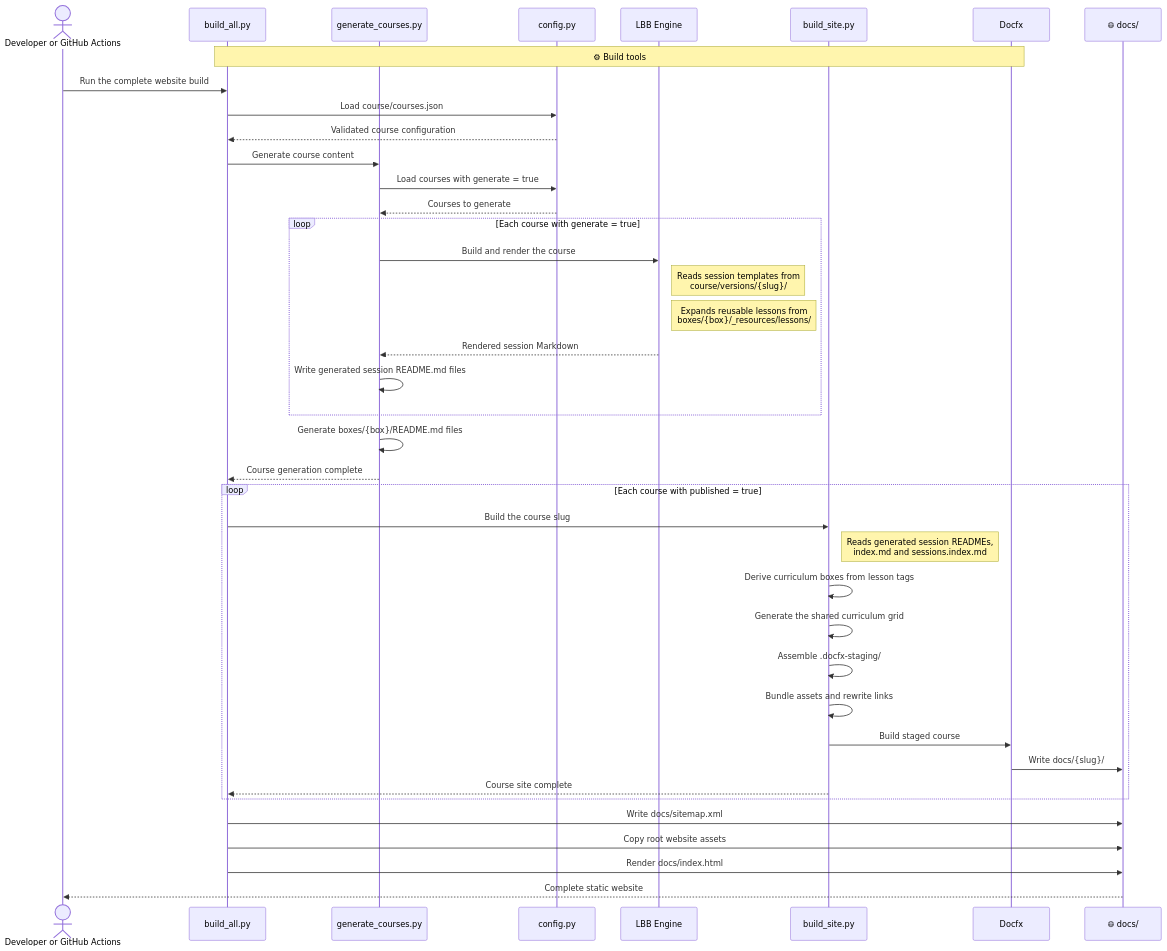
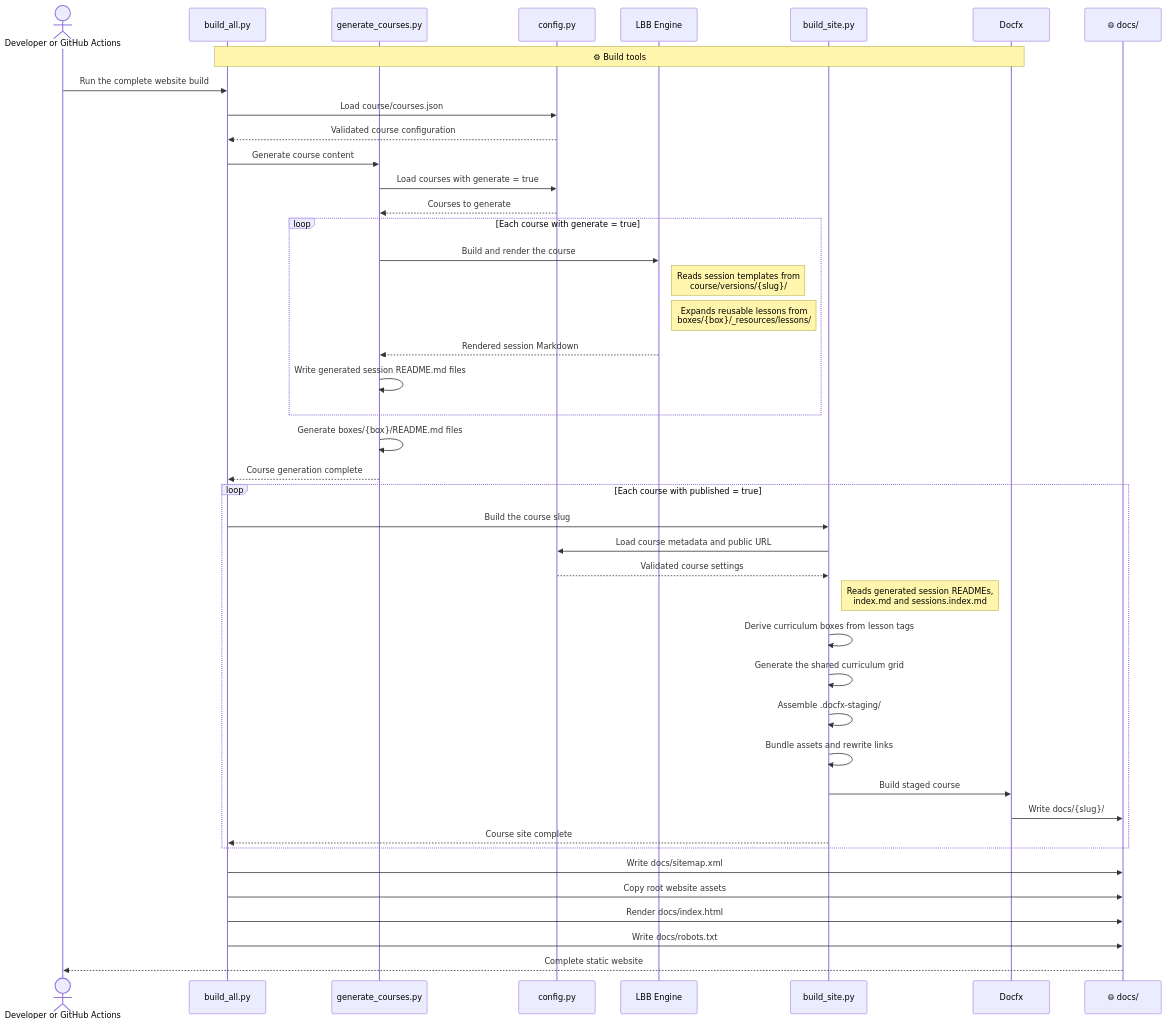
One commit to NoBlackBoxes/LastBlackBox changed the second of 2 diagrams in course/tools/docfx/README.md. Above: the diagram before and after it, drawn with Mermaid. The commit also changed other lines of this file and 13 other files, not shown here.

````diff
--- a/course/tools/docfx/README.md
+++ b/course/tools/docfx/README.md
@@ -97,51 +98,54 @@
 ```mermaid
 sequenceDiagram
     actor Runner as Developer or GitHub Actions
     participant Build as build_all.py
     participant Courses as generate_courses.py
     participant Config as config.py
     participant Engine as LBB Engine
     participant Site as build_site.py
     participant Docfx
     participant Output as 🌐︎ docs/
 
     Note over Build,Docfx: ⚙︎ Build tools
 
     Runner->>Build: Run the complete website build
 
     Build->>Config: Load course/courses.json
     Config-->>Build: Validated course configuration
 
     Build->>Courses: Generate course content
     Courses->>Config: Load courses with generate = true
     Config-->>Courses: Courses to generate
 
     loop Each course with generate = true
         Courses->>Engine: Build and render the course
         Note right of Engine: Reads session templates from<br/>course/versions/{slug}/
         Note right of Engine: Expands reusable lessons from<br/>boxes/{box}/_resources/lessons/
         Engine-->>Courses: Rendered session Markdown
         Courses->>Courses: Write generated session README.md files
     end
 
     Courses->>Courses: Generate boxes/{box}/README.md files
     Courses-->>Build: Course generation complete
 
     loop Each course with published = true
         Build->>Site: Build the course slug
+        Site->>Config: Load course metadata and public URL
+        Config-->>Site: Validated course settings
         Note right of Site: Reads generated session READMEs,<br/>index.md and sessions.index.md
         Site->>Site: Derive curriculum boxes from lesson tags
         Site->>Site: Generate the shared curriculum grid
         Site->>Site: Assemble .docfx-staging/
         Site->>Site: Bundle assets and rewrite links
         Site->>Docfx: Build staged course
         Docfx->>Output: Write docs/{slug}/
         Site-->>Build: Course site complete
     end
 
     Build->>Output: Write docs/sitemap.xml
     Build->>Output: Copy root website assets
     Build->>Output: Render docs/index.html
+    Build->>Output: Write docs/robots.txt
 
     Output-->>Runner: Complete static website
 ```
````
